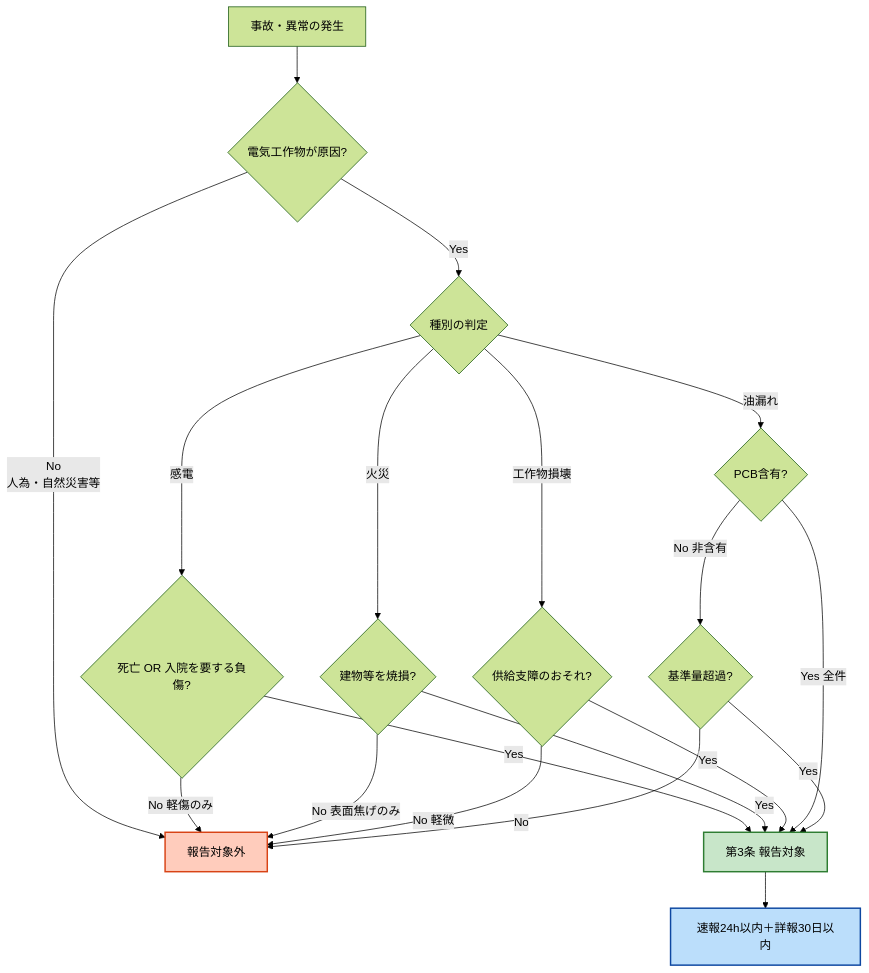
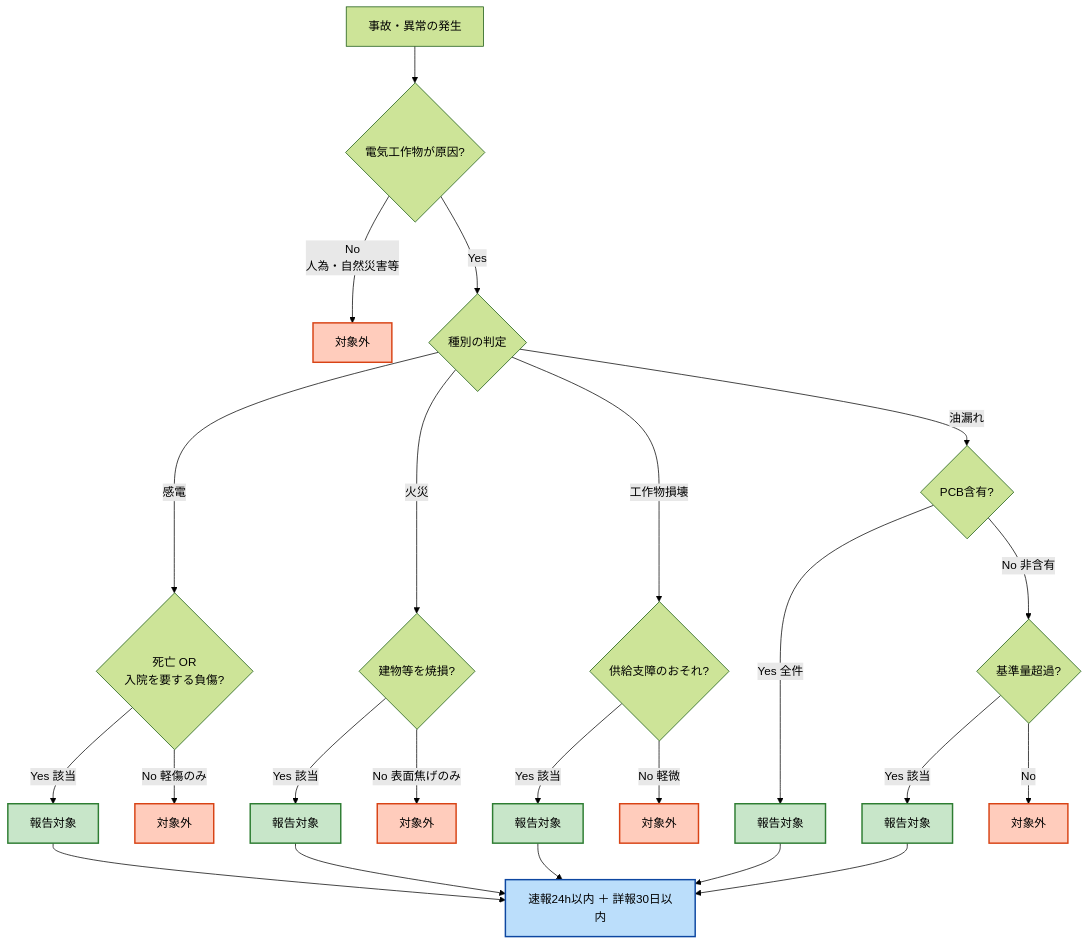
The diagram in docs/articles/other/jiko-3.md (kfurufuru/denken-wiki), drawn with Mermaid (forest theme) before and after one commit.

Commit message:
fix(jiko-3): 報告対象判定フロー mermaid 改修 — 各分岐の Yes/No 両方を可視化
ユーザー指摘「死亡 OR 入院を要する負傷? の行き先がNOしかない」への対応。
Q3-Q7 の Yes パスが全て右下の Report ノードに収束し、Yes ラベルが
互いに重なって視認不能だった構造的問題を修正。

## 変更
- 単一 Report/NoReport 終端 → 各分岐に専用の R3-R7 / N1,N3-N5,N7 終端を配置
- 各 Yes/No エッジが対応するダイアモンドの直近に到達 → ラベル可読性確保
- 終端は class 指定で色付けを継承（緑=報告対象、橙=対象外）
- R3-R7 のみが Step（速報24h+詳報30日）に集約 → 「報告対象」の意味は維持

## 副次効果
- Yes パスが全ダイアモンドで明示的に見える
- 各分岐の判定基準（軽傷のみ／表面焦げのみ／軽微等）の対応が明瞭化
- mermaid 自動レイアウトのエッジ交差問題を構造的に回避

## 検証
- v3.1 総合スコア: 97/100 (S-rank) 維持
- I14 視覚要素: mermaid=1 維持・cap 非発火
- wiki_check.py: 0 violations

🤖 Generated with [Claude Code](https://claude.com/claude-code)

````diff
--- a/docs/articles/other/jiko-3.md
+++ b/docs/articles/other/jiko-3.md
@@ -240,25 +240,36 @@
 ```mermaid
 flowchart TD
     Start[事故・異常の発生] --> Q1{電気工作物が原因?}
-    Q1 -->|No<br/>人為・自然災害等| NoReport[報告対象外]
+    Q1 -->|No<br/>人為・自然災害等| N1[対象外]
     Q1 -->|Yes| Q2{種別の判定}
-    Q2 -->|感電| Q3{死亡 OR 入院を要する負傷?}
+
+    Q2 -->|感電| Q3{死亡 OR<br/>入院を要する負傷?}
+    Q3 -->|Yes 該当| R3[報告対象]
+    Q3 -->|No 軽傷のみ| N3[対象外]
+
     Q2 -->|火災| Q4{建物等を焼損?}
+    Q4 -->|Yes 該当| R4[報告対象]
+    Q4 -->|No 表面焦げのみ| N4[対象外]
+
     Q2 -->|工作物損壊| Q5{供給支障のおそれ?}
+    Q5 -->|Yes 該当| R5[報告対象]
+    Q5 -->|No 軽微| N5[対象外]
+
     Q2 -->|油漏れ| Q6{PCB含有?}
-    Q3 -->|Yes| Report[第3条 報告対象]
-    Q3 -->|No 軽傷のみ| NoReport
-    Q4 -->|Yes| Report
-    Q4 -->|No 表面焦げのみ| NoReport
-    Q5 -->|Yes| Report
-    Q5 -->|No 軽微| NoReport
-    Q6 -->|Yes 全件| Report
+    Q6 -->|Yes 全件| R6[報告対象]
     Q6 -->|No 非含有| Q7{基準量超過?}
-    Q7 -->|Yes| Report
-    Q7 -->|No| NoReport
-    Report --> Step[速報24h以内＋詳報30日以内]
+    Q7 -->|Yes 該当| R7[報告対象]
+    Q7 -->|No| N7[対象外]
 
-    style Report fill:#c8e6c9,stroke:#2e7d32,stroke-width:2px
-    style NoReport fill:#ffccbc,stroke:#d84315,stroke-width:2px
+    R3 --> Step[速報24h以内 ＋ 詳報30日以内]
+    R4 --> Step
+    R5 --> Step
+    R6 --> Step
+    R7 --> Step
+
+    classDef rep fill:#c8e6c9,stroke:#2e7d32,stroke-width:2px
+    classDef nrep fill:#ffccbc,stroke:#d84315,stroke-width:2px
+    class R3,R4,R5,R6,R7 rep
+    class N1,N3,N4,N5,N7 nrep
     style Step fill:#bbdefb,stroke:#0d47a1,stroke-width:2px
 ```
````
